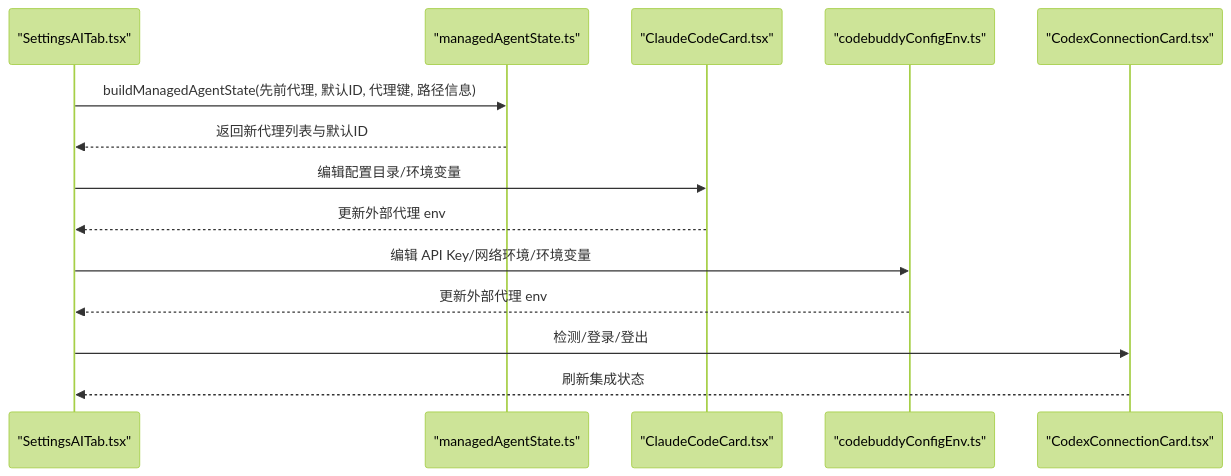
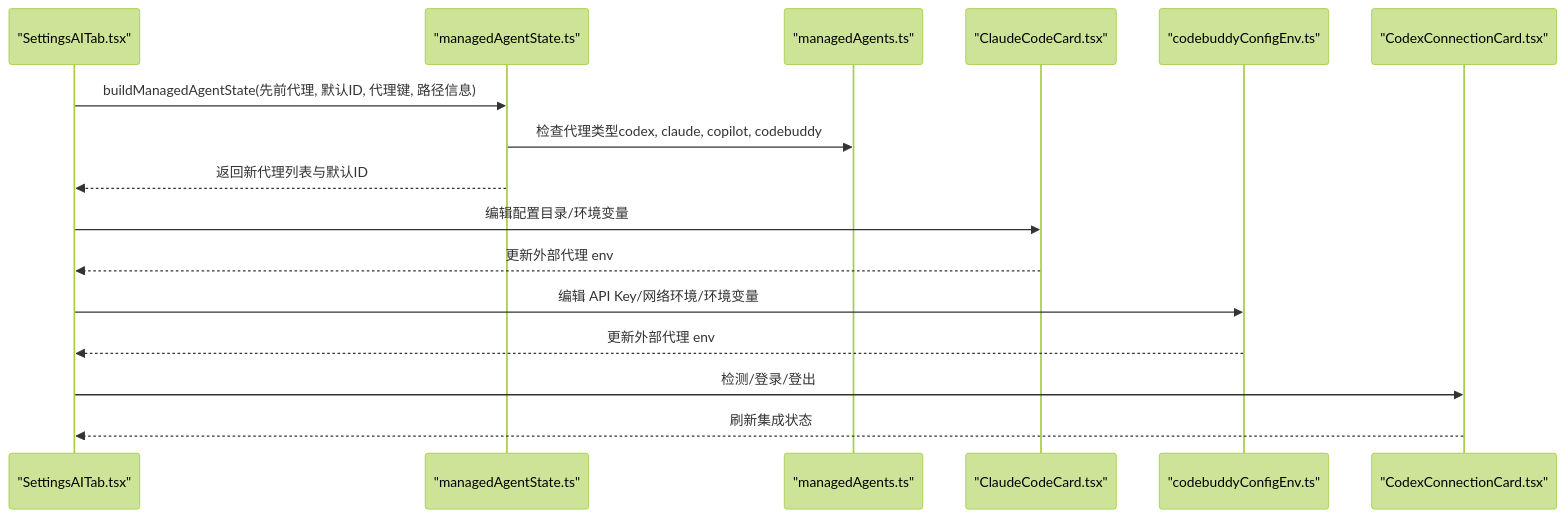
One commit to szeiyou/Netcatty changed the fourth of 5 diagrams in .qoder/repowiki/zh/content/用户指南/设置和配置/AI设置.md. Above: the diagram before and after it, drawn with Mermaid (forest theme). The commit also changed other lines of this file and 8 other files, not shown here.

````diff
--- a/.qoder/repowiki/zh/content/用户指南/设置和配置/AI设置.md
+++ b/.qoder/repowiki/zh/content/用户指南/设置和配置/AI设置.md
@@ -228,16 +245,18 @@
 ```mermaid
 sequenceDiagram
 participant T as "SettingsAITab.tsx"
 participant M as "managedAgentState.ts"
+participant MA as "managedAgents.ts"
 participant C as "ClaudeCodeCard.tsx"
 participant CB as "codebuddyConfigEnv.ts"
 participant CC as "CodexConnectionCard.tsx"
 T->>M : buildManagedAgentState(先前代理, 默认ID, 代理键, 路径信息)
+M->>MA : 检查代理类型codex, claude, copilot, codebuddy
 M-->>T : 返回新代理列表与默认ID
 T->>C : 编辑配置目录/环境变量
 C-->>T : 更新外部代理 env
 T->>CB : 编辑 API Key/网络环境/环境变量
 CB-->>T : 更新外部代理 env
 T->>CC : 检测/登录/登出
 CC-->>T : 刷新集成状态
 ```
````
